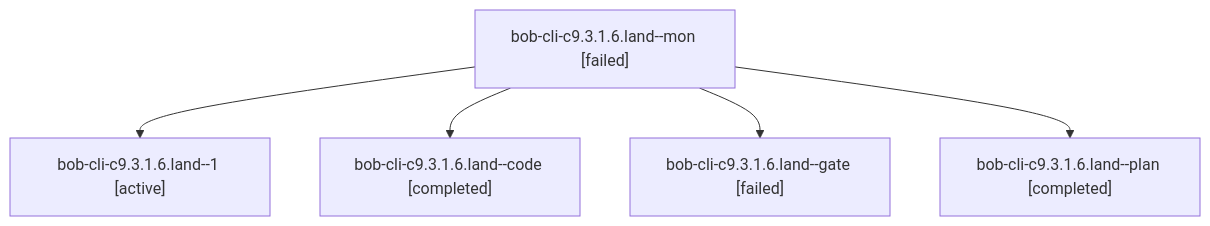
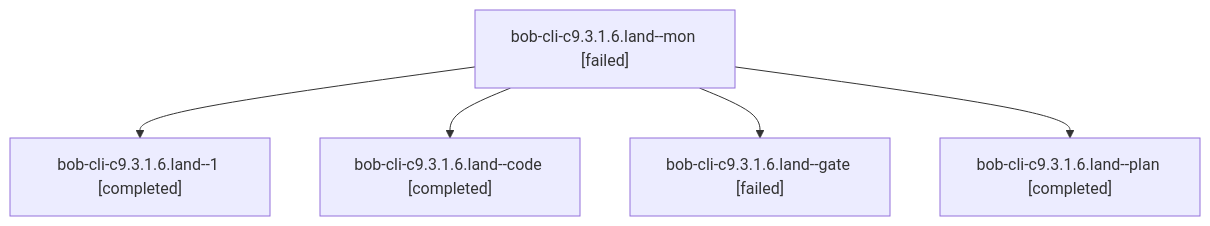
The diagram in sessions/bbugyi200.athena.bob-cli-c9.3.1.6.land.md (bobs-org/bob-cli--agents), drawn with Mermaid before and after one commit. The commit also changed other lines of this file and 106 other files, not shown here.

````diff
--- a/sessions/bbugyi200.athena.bob-cli-c9.3.1.6.land.md
+++ b/sessions/bbugyi200.athena.bob-cli-c9.3.1.6.land.md
@@ -9,12 +9,12 @@
 ```mermaid
 flowchart TD
   n0["bob-cli-c9.3.1.6.land--mon [failed]"]
-  n1["bob-cli-c9.3.1.6.land--1 [active]"]
+  n1["bob-cli-c9.3.1.6.land--1 [completed]"]
   n0 --> n1
   n2["bob-cli-c9.3.1.6.land--code [completed]"]
   n0 --> n2
   n3["bob-cli-c9.3.1.6.land--gate [failed]"]
   n0 --> n3
   n4["bob-cli-c9.3.1.6.land--plan [completed]"]
   n0 --> n4
 ```
````
